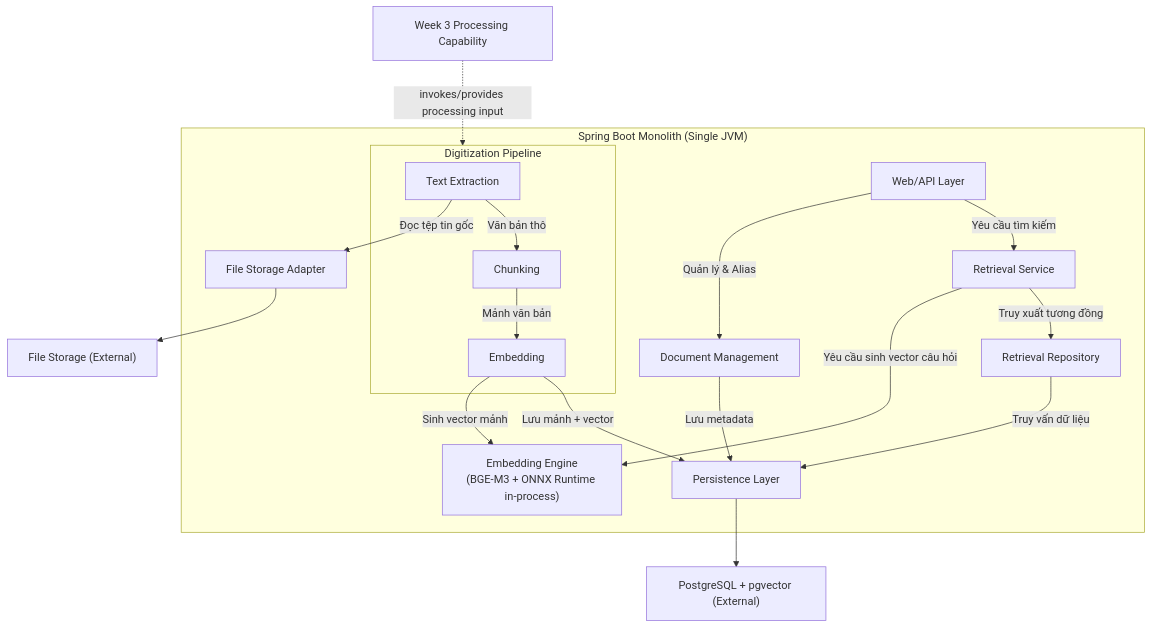
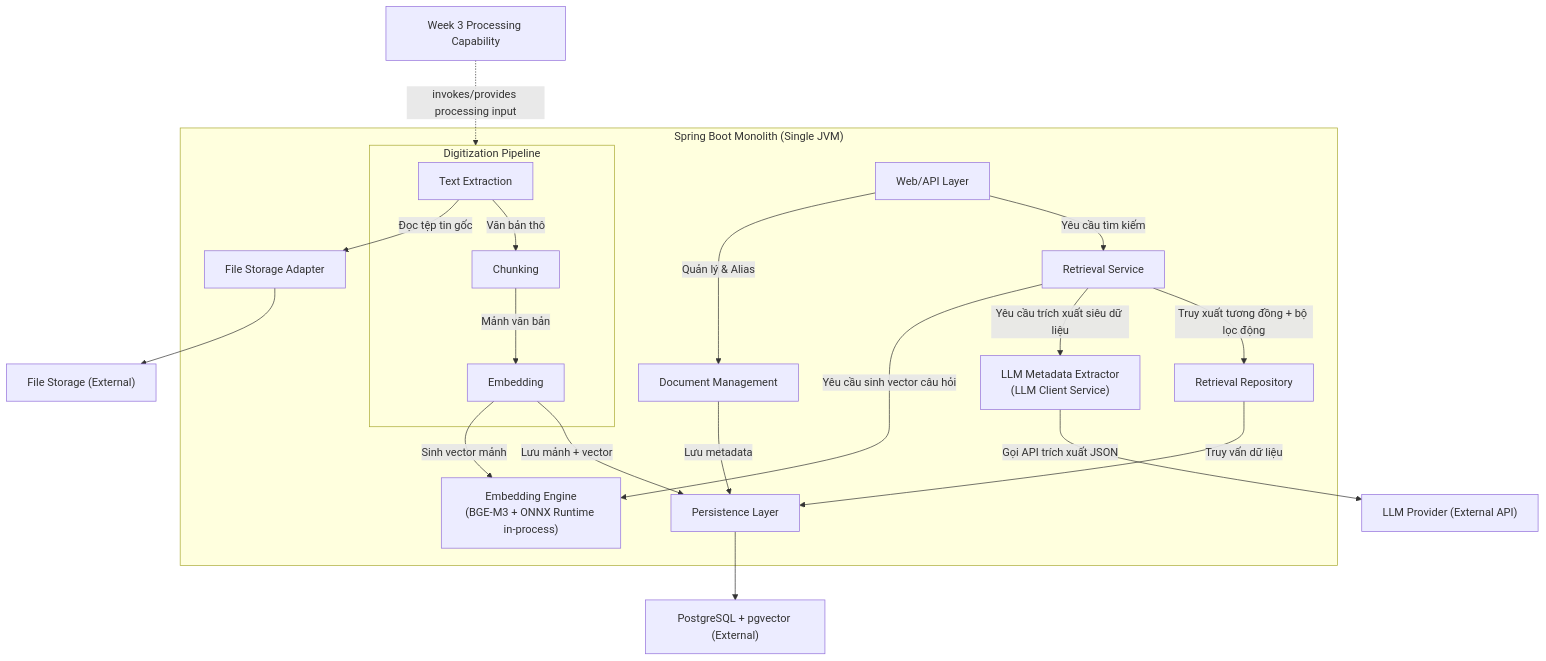
The third of 3 diagrams in eap/docs/week4/architecture_design.md (thanhhuong1523/enterprise-ai-systems), drawn with Mermaid before and after one commit. The commit also changed other lines of this file and 87 other files, not shown here.

````diff
--- a/eap/docs/week4/architecture_design.md
+++ b/eap/docs/week4/architecture_design.md
@@ -160,46 +175,50 @@
 ```mermaid
 graph TD
     subgraph SpringBootMonolith ["Spring Boot Monolith (Single JVM)"]
         WebAPILayer["Web/API Layer"]
         DocManagement["Document Management"]
         RetrievalService["Retrieval Service"]
         EmbeddingEngine["Embedding Engine<br>(BGE-M3 + ONNX Runtime in-process)"]
+        LlmService["LLM Metadata Extractor<br>(LLM Client Service)"]
         RetrievalRepo["Retrieval Repository"]
         Persistence["Persistence Layer"]
         FileStorageAdapter["File Storage Adapter"]
         
         subgraph DigitizationPipeline ["Digitization Pipeline"]
             TextExtraction["Text Extraction"]
             Chunking["Chunking"]
             Embedding["Embedding"]
         end
     end
     
     FileStorage["File Storage (External)"]
     PostgresDB["PostgreSQL + pgvector (External)"]
+    LLM_API["LLM Provider (External API)"]
     
     %% Week 3 trigger representation
     Week3Capability["Week 3 Processing Capability"] -.->|invokes/provides processing input| DigitizationPipeline
     
     %% Requests routing
     WebAPILayer -->|Quản lý & Alias| DocManagement
     WebAPILayer -->|Yêu cầu tìm kiếm| RetrievalService
     
     %% Retrieval flow
     RetrievalService -->|Yêu cầu sinh vector câu hỏi| EmbeddingEngine
-    RetrievalService -->|Truy xuất tương đồng| RetrievalRepo
+    RetrievalService -->|Yêu cầu trích xuất siêu dữ liệu| LlmService
+    LlmService -->|Gọi API trích xuất JSON| LLM_API
+    RetrievalService -->|Truy xuất tương đồng + bộ lọc động| RetrievalRepo
     RetrievalRepo -->|Truy vấn dữ liệu| Persistence
     
     %% Digitization flow
     DocManagement -->|Lưu metadata| Persistence
     
     TextExtraction -->|Đọc tệp tin gốc| FileStorageAdapter
     TextExtraction -->|Văn bản thô| Chunking
     Chunking -->|Mảnh văn bản| Embedding
     Embedding -->|Sinh vector mảnh| EmbeddingEngine
     Embedding -->|Lưu mảnh + vector| Persistence
     
     %% Connectors
     Persistence --> PostgresDB
     FileStorageAdapter --> FileStorage
 ```
````
